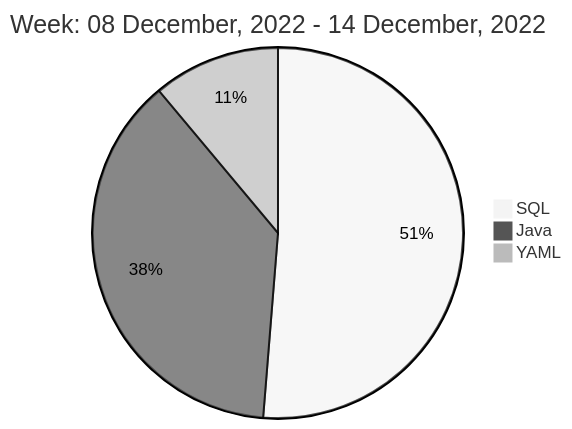
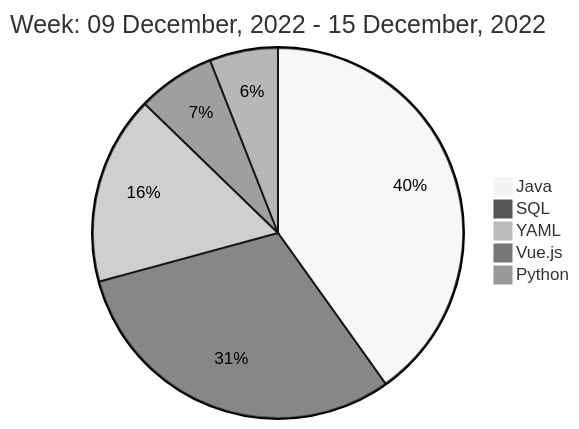
Before and after one commit to liubin95/liubin95: the diagram in README.md, drawn with Mermaid (neutral theme).

Commit message:
Updated the Graph with new Metrics

````diff
--- a/README.md
+++ b/README.md
@@ -40,7 +40,9 @@
 ```mermaid
  pie
-title Week: 08 December, 2022 - 14 December, 2022
- "SQL" : 7.63
- "Java" : 5.6
- "YAML" : 1.65
+title Week: 09 December, 2022 - 15 December, 2022
+ "Java" : 5.92
+ "SQL" : 4.52
+ "YAML" : 2.43
+ "Vue.js" : 1.0
+ "Python" : 0.88
 ```
````
